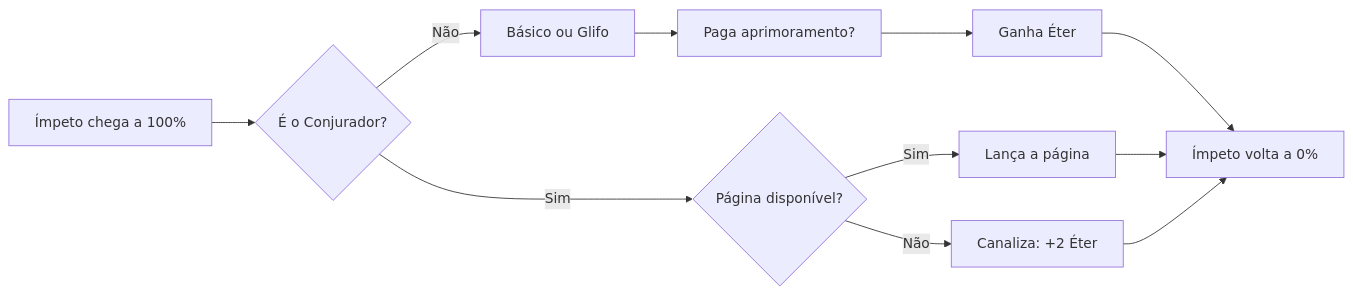
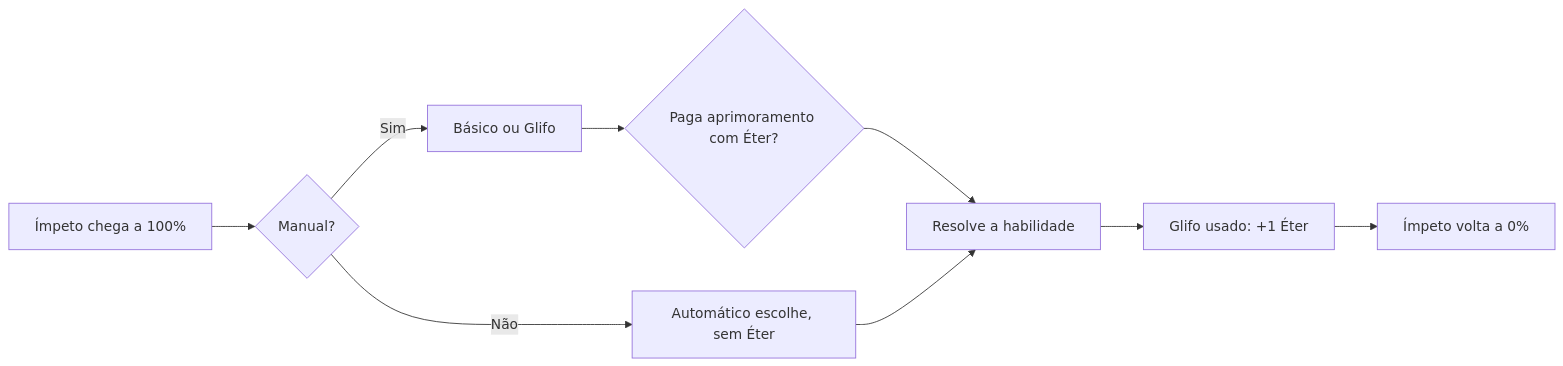
Before and after one commit to MinoKael/sigilos-game: the first of 2 diagrams in SIGILOS — Game Design Document.md, drawn with Mermaid. The commit also changed other lines of this file and 175 other files, not shown here.

````diff
--- a/SIGILOS — Game Design Document.md
+++ b/SIGILOS — Game Design Document.md
@@ -137,13 +122,11 @@
 ```mermaid
 flowchart LR
-  A[Ímpeto chega a 100%] --> B{É o Conjurador?}
-  B -- Não --> C[Básico ou Glifo]
-  C --> D[Paga aprimoramento?]
-  D --> E[Ganha Éter]
-  B -- Sim --> F{Página disponível?}
-  F -- Sim --> G[Lança a página]
-  F -- Não --> H[Canaliza: +2 Éter]
-  E --> I[Ímpeto volta a 0%]
-  G --> I
-  H --> I
+  A[Ímpeto chega a 100%] --> B{Manual?}
+  B -- Sim --> C[Básico ou Glifo]
+  C --> D{Paga aprimoramento com Éter?}
+  D --> E[Resolve a habilidade]
+  B -- Não --> F[Automático escolhe, sem Éter]
+  F --> E
+  E --> G[Glifo usado: +1 Éter]
+  G --> H[Ímpeto volta a 0%]
 ```
````
